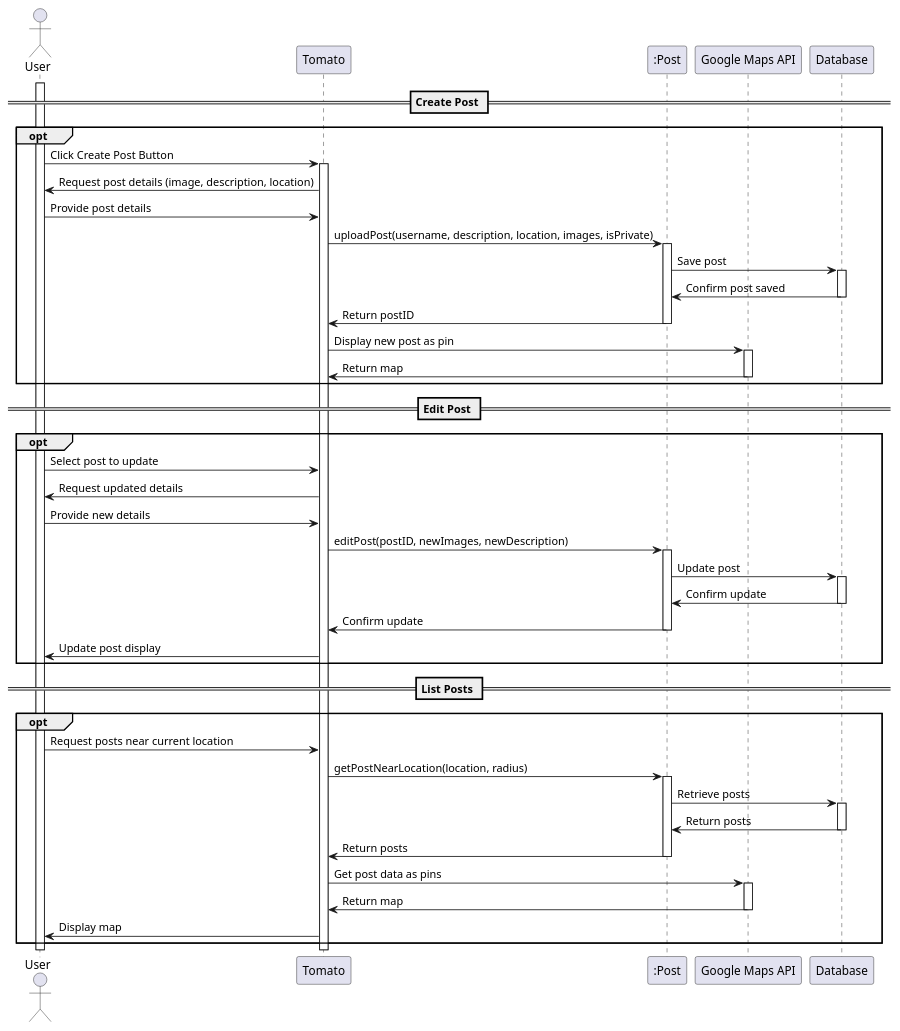
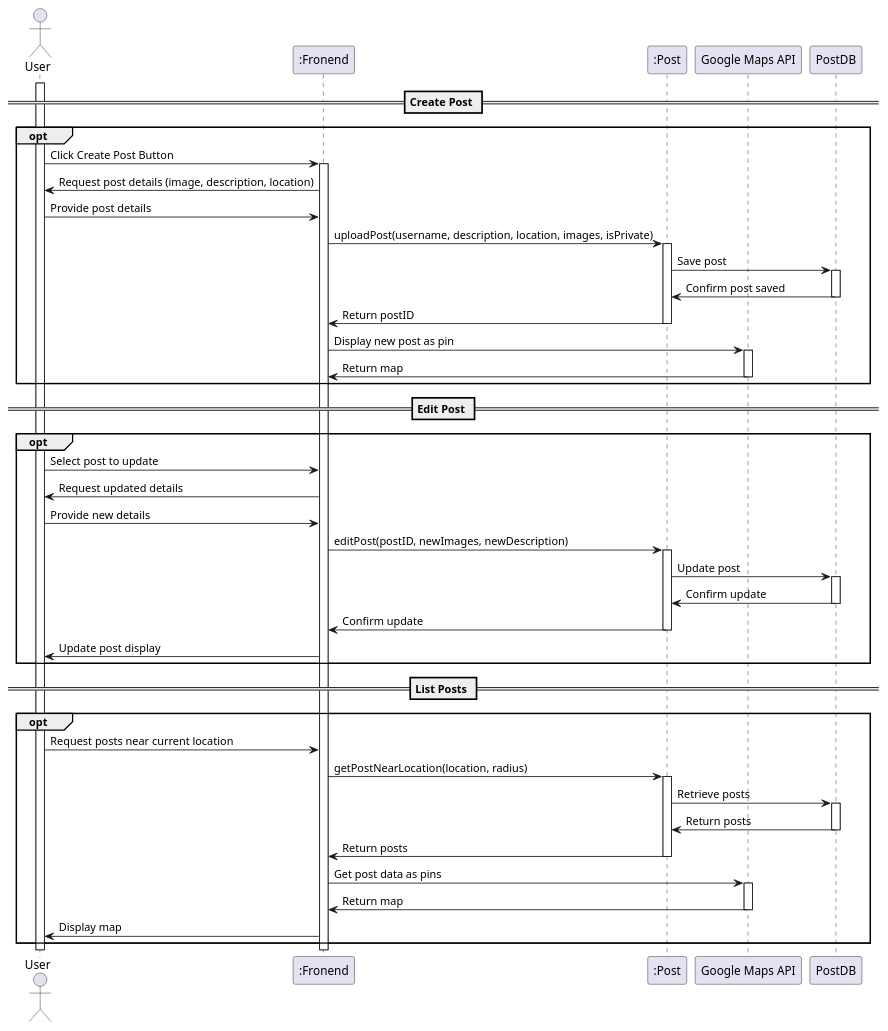
Before and after one commit to xuantungbrian/Tomato: the diagram in plantUML/manage_posts.puml, drawn with PlantUML. The commit also changed 11 other files, not shown here.

Commit message:
Update Sequence Diagrams

```diff
--- a/plantUML/manage_posts.puml
+++ b/plantUML/manage_posts.puml
@@ -1,65 +1,65 @@
 @startuml
 
 ' Sequence Diagram: Create Post
 actor User
-participant "Tomato" as App
+participant ":Fronend" as App
 participant ":Post" as Post
 participant "Google Maps API" as Maps
-participant "Database" as DB
+participant "PostDB" as DB
 
 activate User
 == Create Post ==
 opt 
     User -> App: Click Create Post Button
     activate App
     App -> User: Request post details (image, description, location)
     User -> App: Provide post details
     App -> Post: uploadPost(username, description, location, images, isPrivate)
     activate Post
     Post -> DB: Save post
     activate DB
     DB -> Post: Confirm post saved
     deactivate DB
     Post -> App: Return postID
     deactivate Post
     App -> Maps: Display new post as pin
     activate Maps
     Maps -> App: Return map
     deactivate Maps
 end 
 
 == Edit Post ==
 opt 
     User -> App: Select post to update
     App -> User: Request updated details
     User -> App: Provide new details
     App -> Post: editPost(postID, newImages, newDescription)
     activate Post
     Post -> DB: Update post
     activate DB
     DB -> Post: Confirm update
     deactivate DB
     Post -> App: Confirm update
     deactivate Post
     App -> User: Update post display
 end 
 
 == List Posts ==
 opt 
     User -> App: Request posts near current location
     App -> Post: getPostNearLocation(location, radius)
     activate Post
     Post -> DB: Retrieve posts
     activate DB
     DB -> Post: Return posts
     deactivate DB
     Post -> App: Return posts
     deactivate Post
     App -> Maps: Get post data as pins
     activate Maps
     Maps -> App: Return map
     deactivate Maps
     App -> User: Display map
 end
 
 @enduml
```
